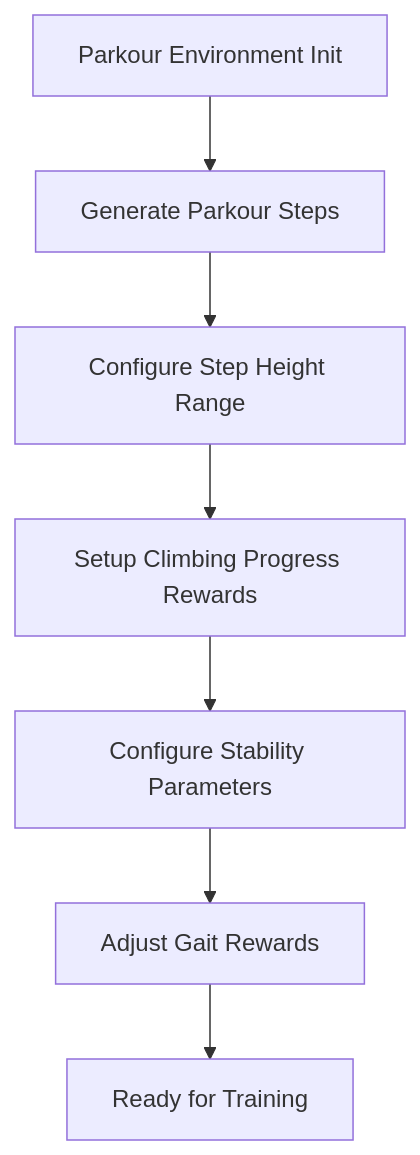
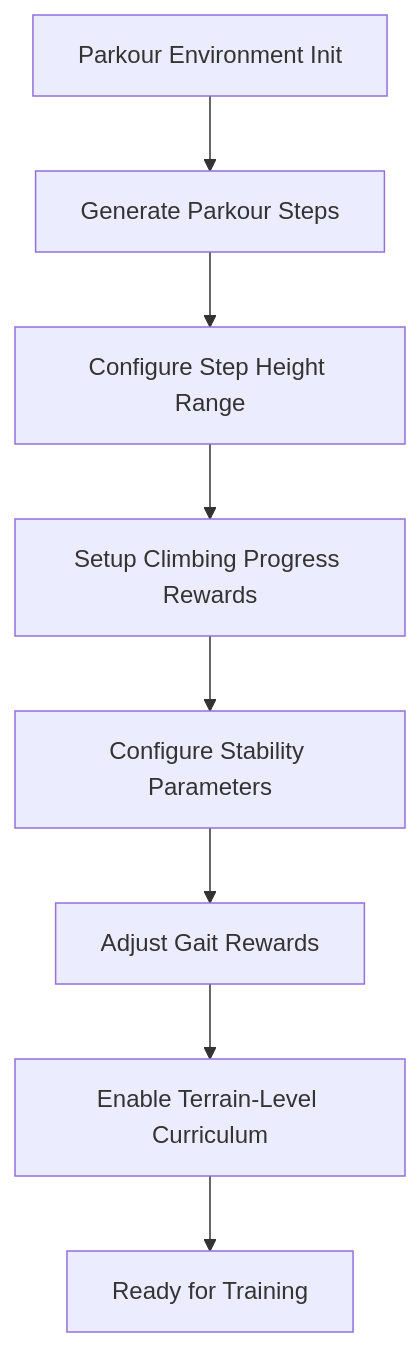
One commit to jayjayhust/robot_lab changed the eighth of 9 diagrams in .qoder/repowiki/en/content/Task Configuration Framework/Velocity-Based Locomotion Tasks/Velocity-Based Locomotion Tasks.md. Above: the diagram before and after it, drawn with Mermaid. The commit also changed other lines of this file and 168 other files, not shown here.

````diff
--- a/.qoder/repowiki/en/content/Task Configuration Framework/Velocity-Based Locomotion Tasks/Velocity-Based Locomotion Tasks.md
+++ b/.qoder/repowiki/en/content/Task Configuration Framework/Velocity-Based Locomotion Tasks/Velocity-Based Locomotion Tasks.md
@@ -492,9 +504,10 @@
 ```mermaid
 flowchart TD
 ParkourStart["Parkour Environment Init"] --> StepGen["Generate Parkour Steps"]
 StepGen --> HeightRange["Configure Step Height Range"]
 HeightRange --> RewardSetup["Setup Climbing Progress Rewards"]
 RewardSetup --> StabilityCfg["Configure Stability Parameters"]
 StabilityCfg --> GaitControl["Adjust Gait Rewards"]
-GaitControl --> Ready["Ready for Training"]
+GaitControl --> TerrainCurriculum["Enable Terrain-Level Curriculum"]
+TerrainCurriculum --> Ready["Ready for Training"]
 ```
````
